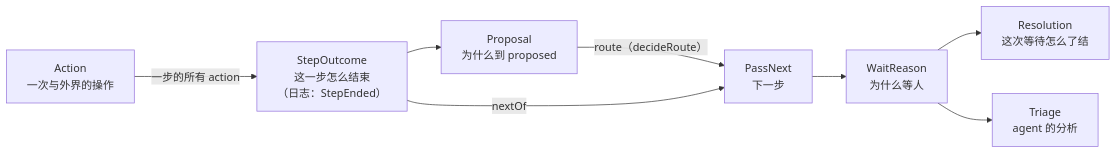
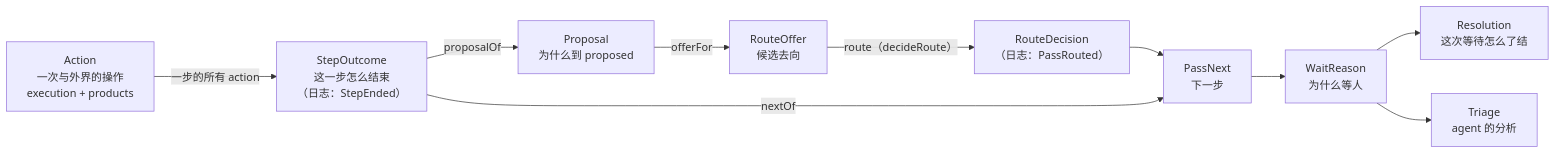
One commit to steven-zhc/lingtai changed the diagram in doc/design/types.zh.md. Above: the diagram before and after it, drawn with Mermaid. The commit also changed other lines of this file, not shown here.

First line of the commit message:
docs(design): an action's result is how it ran plus what it produced, route picks a candidate from its offer, and runPass is the one seam

````diff
--- a/doc/design/types.zh.md
+++ b/doc/design/types.zh.md
@@ -16,10 +17,12 @@
 ```mermaid
 flowchart LR
-  X["Action<br/>一次与外界的操作"] -->|"一步的所有 action"| A["StepOutcome<br/>这一步怎么结束<br/>（日志：StepEnded）"]
-  A --> B["Proposal<br/>为什么到 proposed"]
-  B -->|"route（decideRoute）"| D["PassNext<br/>下一步"]
+  X["Action<br/>一次与外界的操作<br/>execution + products"] -->|"一步的所有 action"| A["StepOutcome<br/>这一步怎么结束<br/>（日志：StepEnded）"]
+  A -->|proposalOf| B["Proposal<br/>为什么到 proposed"]
+  B -->|offerFor| O["RouteOffer<br/>候选去向"]
+  O -->|"route（decideRoute）"| R["RouteDecision<br/>（日志：PassRouted）"]
+  R --> D["PassNext<br/>下一步"]
   A -->|nextOf| D
   D --> E["WaitReason<br/>为什么等人"]
   E --> F["Resolution<br/>这次等待怎么了结"]
   E --> G["Triage<br/>agent 的分析"]
 ```
````
